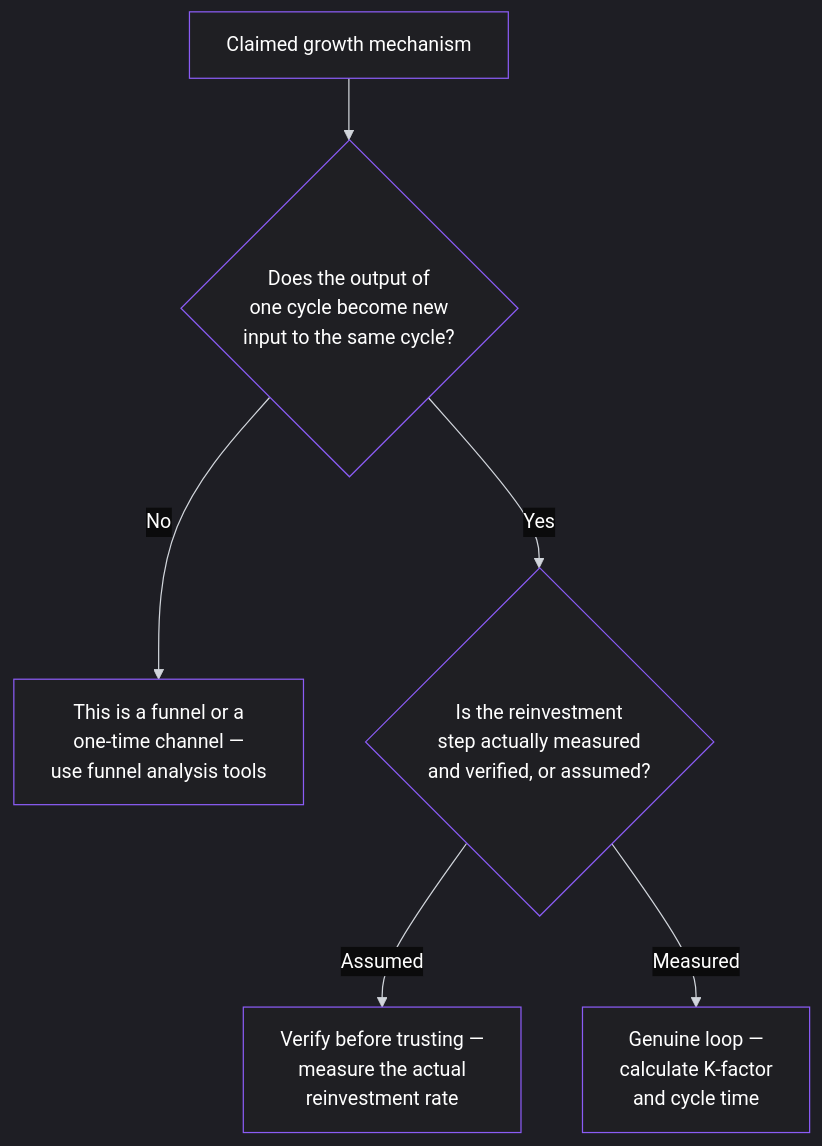
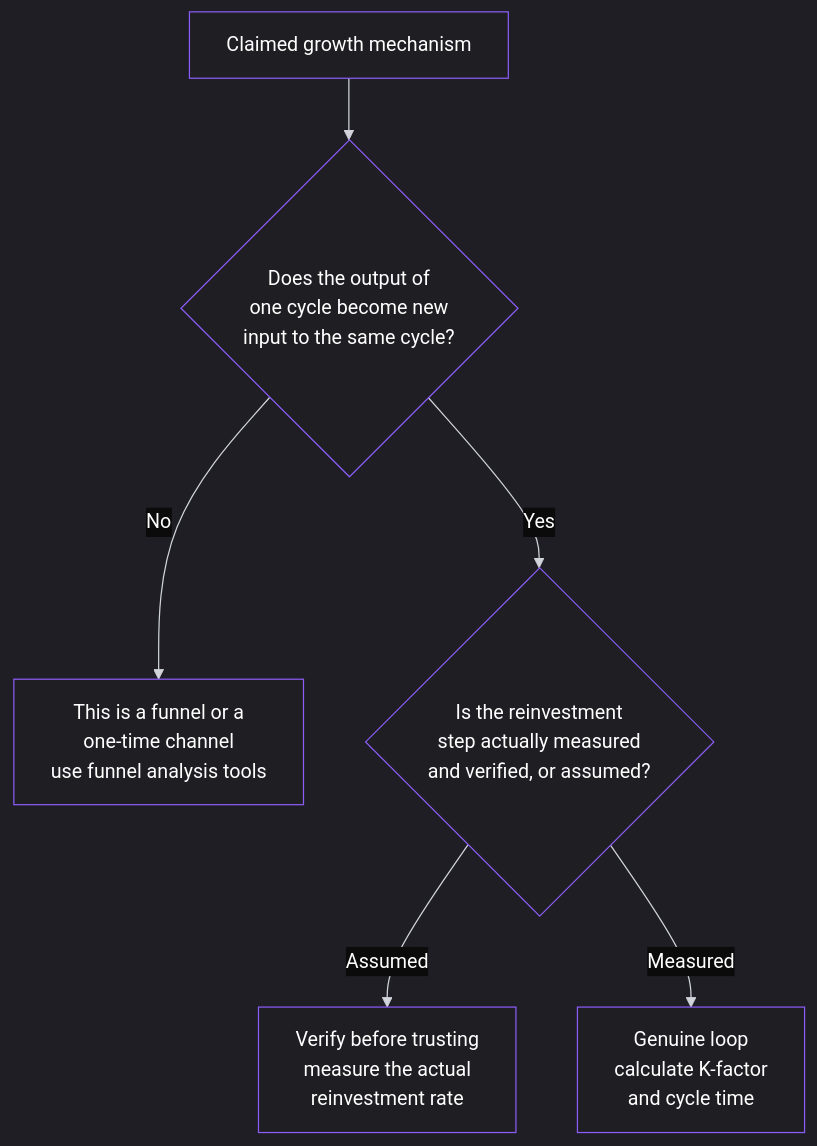
The third of 3 diagrams in content/lessons/lesson-046.md (pmacademy-app/web), drawn with Mermaid before and after one commit. The commit also changed other lines of this file and 90 other files, not shown here.

````diff
--- a/content/lessons/lesson-046.md
+++ b/content/lessons/lesson-046.md
@@ -179,38 +179,38 @@
 ```mermaid
 %%{init: {
   "theme": "dark",
   "themeVariables": {
     "background": "#0b0b0c",
     "primaryColor": "#1f1f23",
     "primaryTextColor": "#ffffff",
     "primaryBorderColor": "#8b5cf6",
     "lineColor": "#d1d5db",
     "secondaryColor": "#18181b",
     "tertiaryColor": "#111111",
     "mainBkg": "#1f1f23",
     "nodeBorder": "#8b5cf6",
     "clusterBkg": "#000000",
     "clusterBorder": "#27272a",
     "titleColor": "#ffffff",
     "edgeLabelBackground": "#0b0b0c",
     "nodeTextColor": "#ffffff",
     "edgeLabelColor": "#ffffff",
     "actorBorder": "#8b5cf6",
     "actorBkg": "#1f1f23",
     "actorTextColor": "#ffffff",
     "sequenceNumberColor": "#ffffff",
     "signalColor": "#8b5cf6",
     "signalTextColor": "#ffffff",
     "textColor": "#ffffff",
     "classText": "#ffffff",
     "classBorder": "#8b5cf6",
     "classBkg": "#1f1f23"
   }
 }}%%
 graph TD
     A[Claimed growth mechanism] --> B{Does the output of<br/>one cycle become new<br/>input to the same cycle?}
-    B -->|No| C[This is a funnel or a<br/>one-time channel —<br/>use funnel analysis tools]
+    B -->|No| C[This is a funnel or a<br/>one-time channel <br/>use funnel analysis tools]
     B -->|Yes| D{Is the reinvestment<br/>step actually measured<br/>and verified, or assumed?}
-    D -->|Assumed| E[Verify before trusting —<br/>measure the actual<br/>reinvestment rate]
-    D -->|Measured| F[Genuine loop —<br/>calculate K-factor<br/>and cycle time]
+    D -->|Assumed| E[Verify before trusting <br/>measure the actual<br/>reinvestment rate]
+    D -->|Measured| F[Genuine loop <br/>calculate K-factor<br/>and cycle time]
 ```
````
